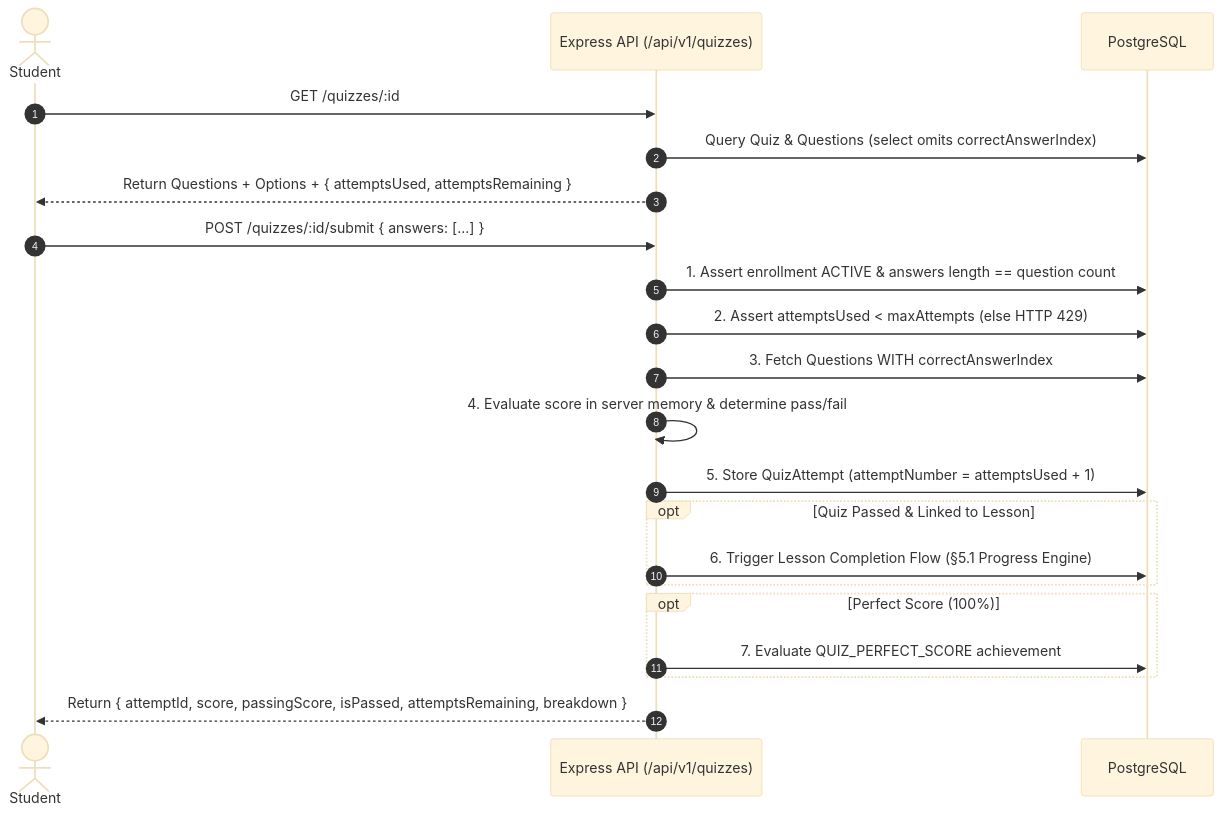
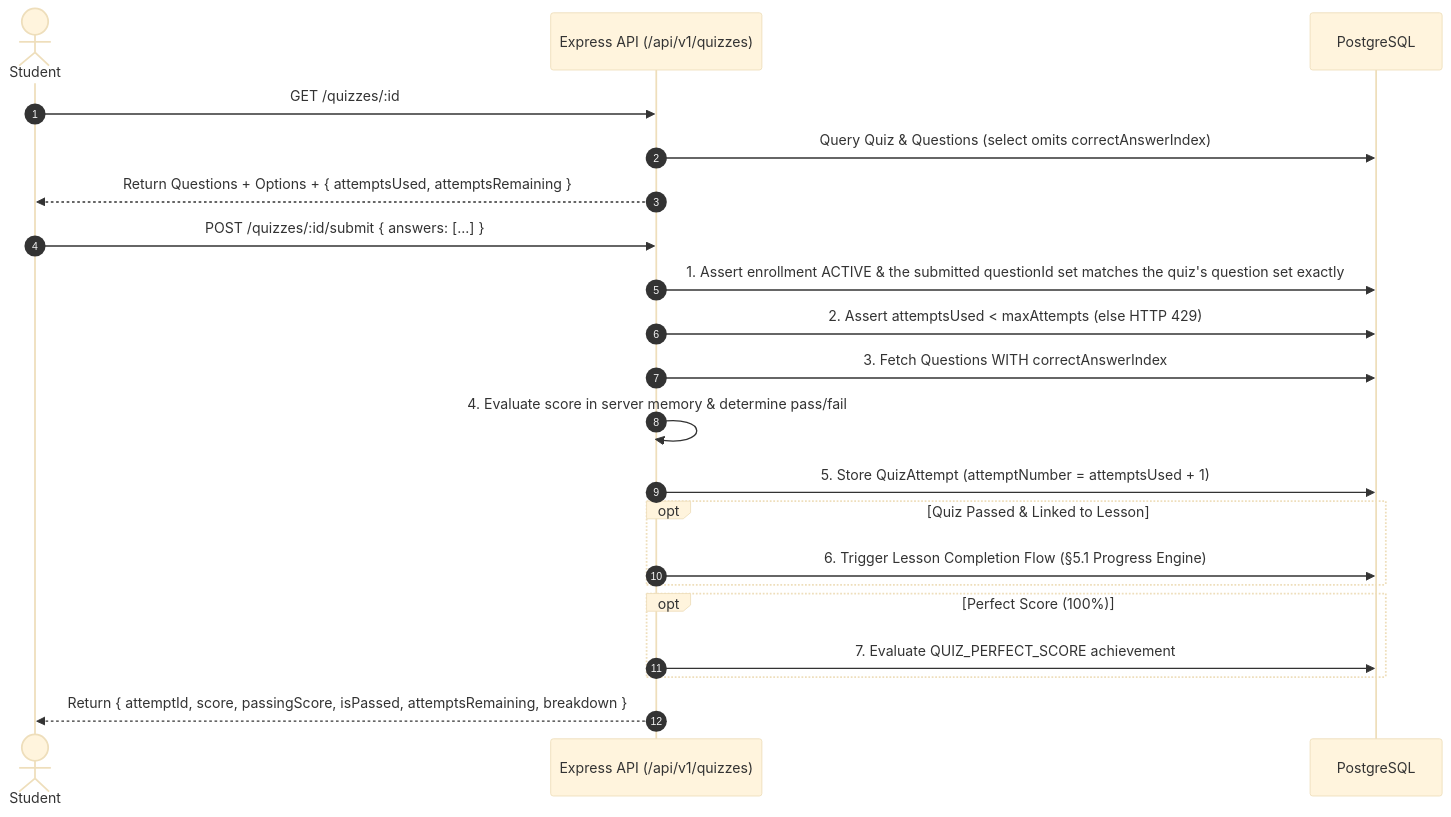
Before and after one commit to NashLucas/EduSphere: the fourth of 8 diagrams in EduTRD.md, drawn with Mermaid (base theme). The commit also changed other lines of this file and 8 other files, not shown here.

````diff
--- a/EduTRD.md
+++ b/EduTRD.md
@@ -1128,28 +1141,28 @@
 ```mermaid
 sequenceDiagram
     autonumber
     actor Student
     participant API as Express API (/api/v1/quizzes)
     participant DB as PostgreSQL
 
     Student->>API: GET /quizzes/:id
     API->>DB: Query Quiz & Questions (select omits correctAnswerIndex)
     API-->>Student: Return Questions + Options + { attemptsUsed, attemptsRemaining }
 
     Student->>API: POST /quizzes/:id/submit { answers: [...] }
-    API->>DB: 1. Assert enrollment ACTIVE & answers length == question count
+    API->>DB: 1. Assert enrollment ACTIVE & the submitted questionId set matches the quiz's question set exactly
     API->>DB: 2. Assert attemptsUsed < maxAttempts (else HTTP 429)
     API->>DB: 3. Fetch Questions WITH correctAnswerIndex
     API->>API: 4. Evaluate score in server memory & determine pass/fail
     API->>DB: 5. Store QuizAttempt (attemptNumber = attemptsUsed + 1)
 
     opt Quiz Passed & Linked to Lesson
         API->>DB: 6. Trigger Lesson Completion Flow (§5.1 Progress Engine)
     end
 
     opt Perfect Score (100%)
         API->>DB: 7. Evaluate QUIZ_PERFECT_SCORE achievement
     end
 
     API-->>Student: Return { attemptId, score, passingScore, isPassed, attemptsRemaining, breakdown }
 ```
````
